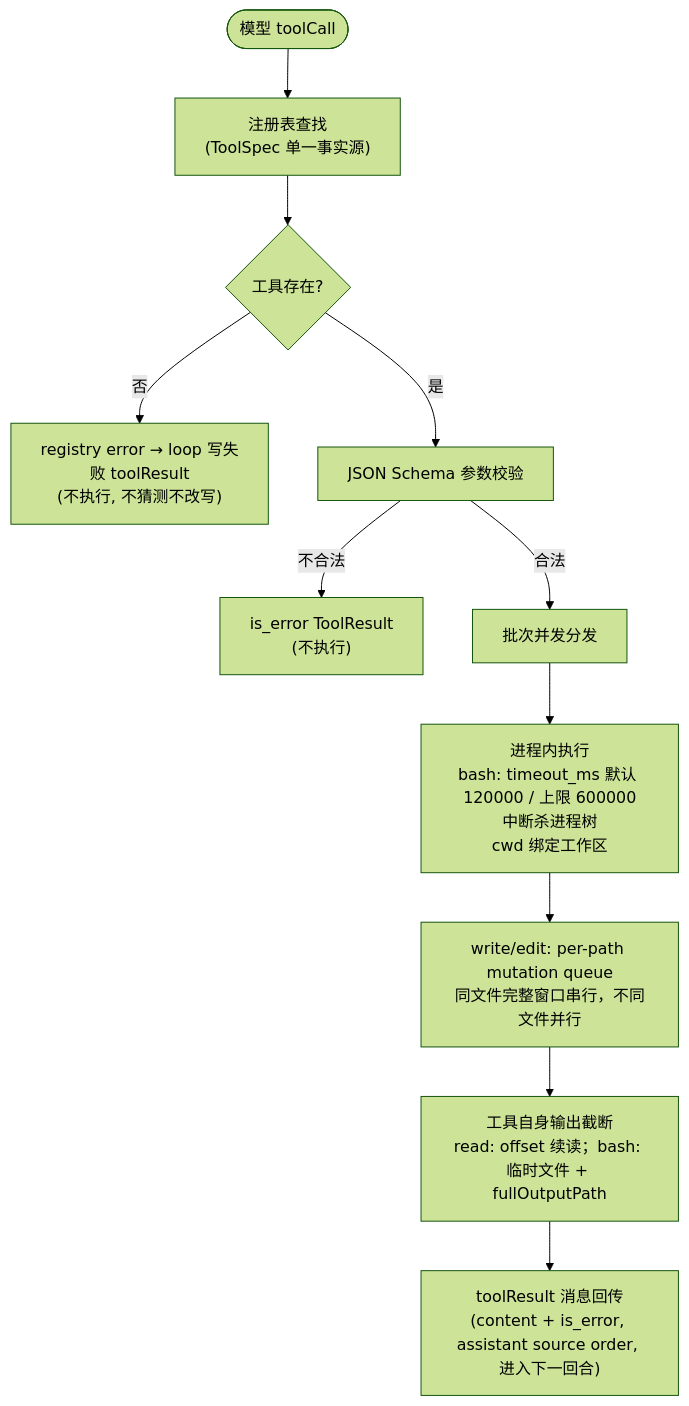
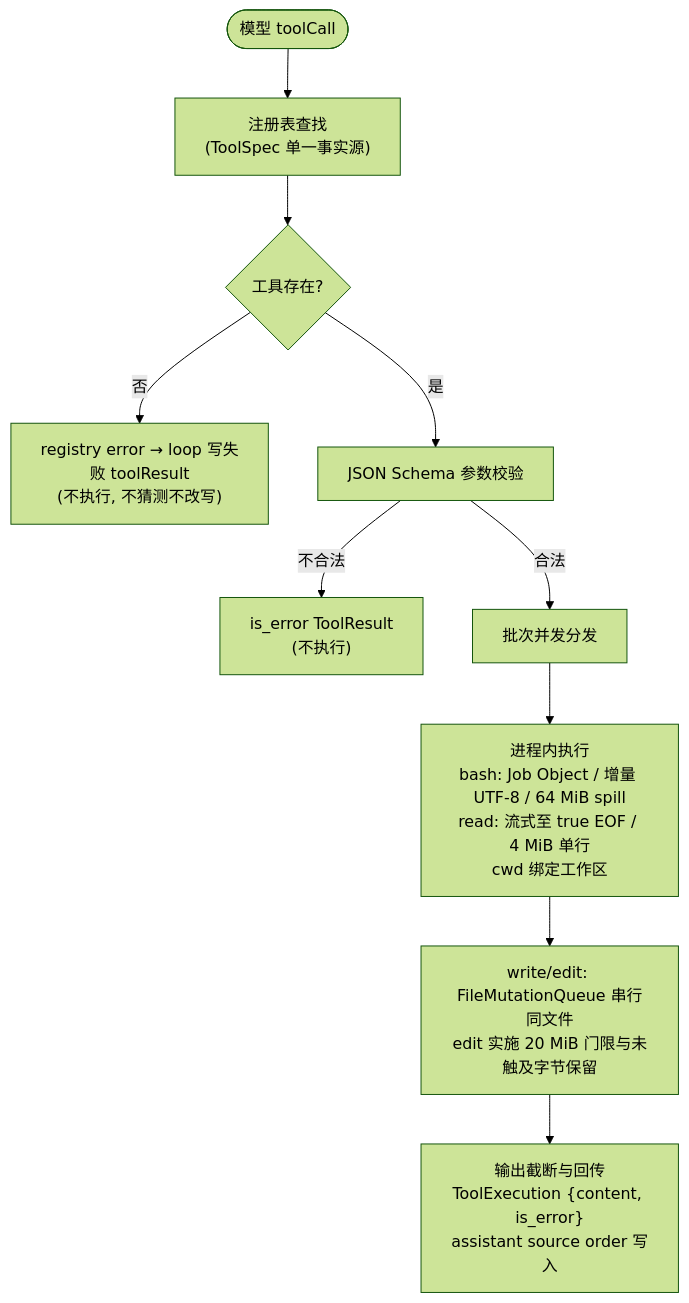
Before and after one commit to qjcnmd/singularity-agent: the fourth of 7 diagrams in docs/singularity.md, drawn with Mermaid (forest theme). The commit also changed other lines of this file, not shown here.

Commit message:
docs: synchronize single architecture truth document

````diff
--- a/docs/singularity.md
+++ b/docs/singularity.md
@@ -142,13 +166,12 @@
 ```mermaid
 flowchart TD
     A(["模型 toolCall"]) --> B["注册表查找<br/>(ToolSpec 单一事实源)"]
     B --> C{"工具存在?"}
     C -- 否 --> R1["registry error → loop 写失败 toolResult<br/>(不执行, 不猜测不改写)"]
     C -- 是 --> D["JSON Schema 参数校验"]
     D -- "不合法" --> R2["is_error ToolResult<br/>(不执行)"]
     D -- "合法" --> F1["批次并发分发"]
-    F1 --> F["进程内执行<br/>bash: timeout_ms 默认 120000 / 上限 600000<br/>中断杀进程树<br/>cwd 绑定工作区"]
-    F --> G["write/edit: per-path mutation queue<br/>同文件完整窗口串行，不同文件并行"]
-    G --> H["工具自身输出截断<br/>read: offset 续读；bash: 临时文件 + fullOutputPath"]
-    H --> I["toolResult 消息回传<br/>(content + is_error, assistant source order, 进入下一回合)"]
+    F1 --> F["进程内执行<br/>bash: Job Object / 增量 UTF-8 / 64 MiB spill<br/>read: 流式至 true EOF / 4 MiB 单行<br/>cwd 绑定工作区"]
+    F --> G["write/edit: FileMutationQueue 串行同文件<br/>edit 实施 20 MiB 门限与未触及字节保留"]
+    G --> H["输出截断与回传<br/>ToolExecution {content, is_error}<br/>assistant source order 写入"]
 ```
````
